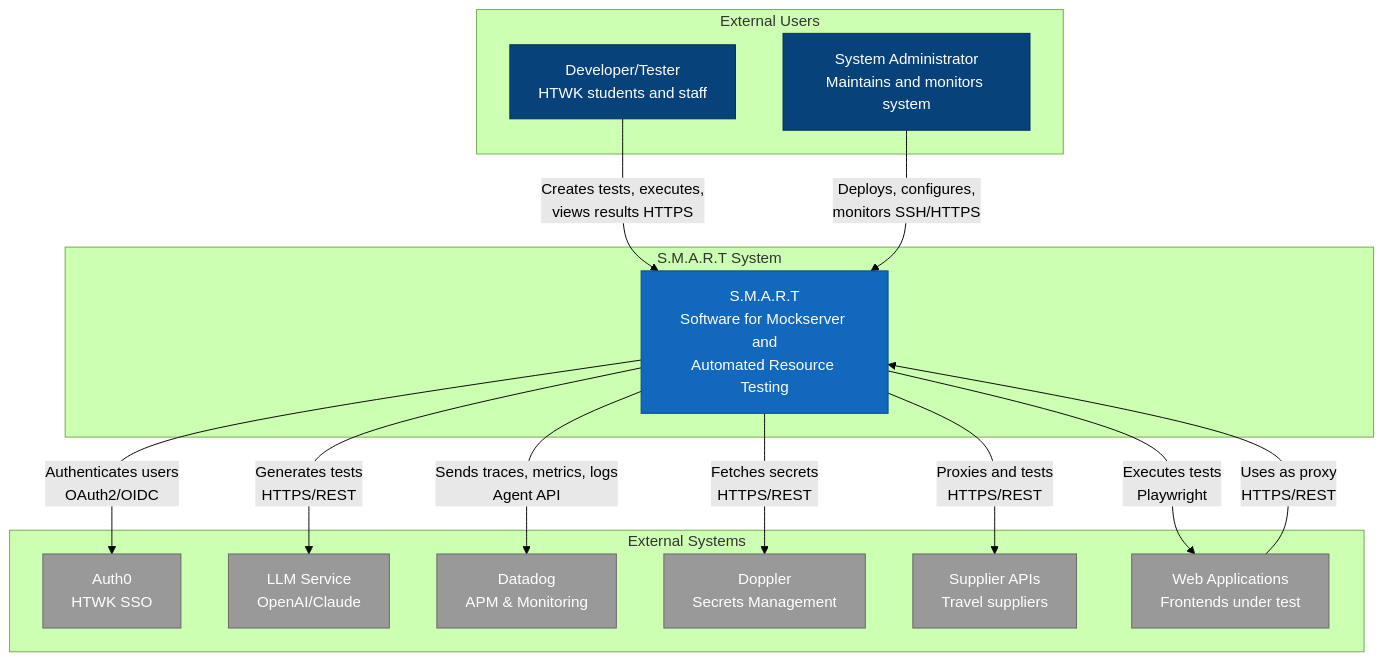
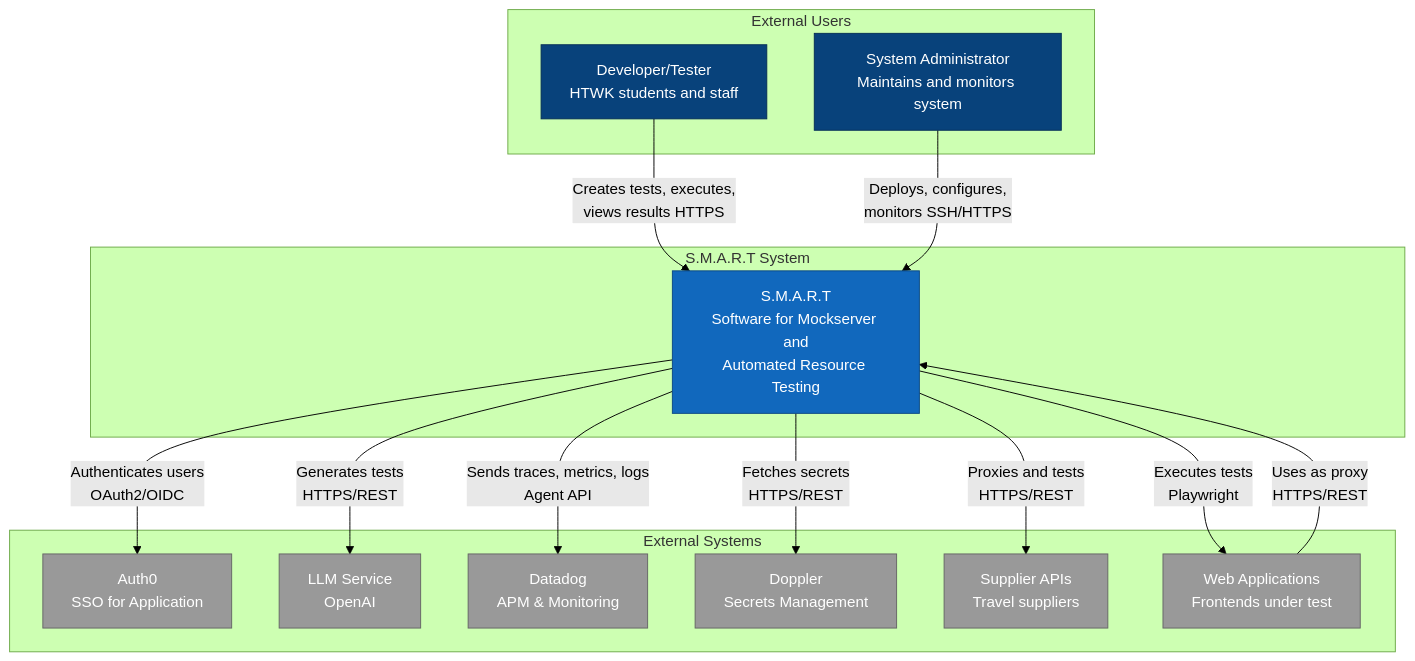
One commit to Skzter/smart changed the diagram in docs/architecture/01-context/README.md. Above: the diagram before and after it, drawn with Mermaid (forest theme). The commit also changed other lines of this file and 14 other files, not shown here.

Commit message:
docs(docs#156): update README and architecture documentation; enhance authentication flow and LLM integration details

````diff
--- a/docs/architecture/01-context/README.md
+++ b/docs/architecture/01-context/README.md
@@ -7,40 +7,40 @@
 ```mermaid
 flowchart TB
     subgraph users[External Users]
         Developer[Developer/Tester<br/>HTWK students and staff]
         Admin[System Administrator<br/>Maintains and monitors system]
     end
 
     subgraph smart[S.M.A.R.T System]
         SMART[S.M.A.R.T<br/>Software for Mockserver and<br/>Automated Resource Testing]
     end
 
     subgraph external[External Systems]
-        Auth0[Auth0<br/>HTWK SSO]
-        LLM[LLM Service<br/>OpenAI/Claude]
+        Auth0[Auth0<br/>SSO for Application]
+        LLM[LLM Service<br/>OpenAI]
         Datadog[Datadog<br/>APM & Monitoring]
         Doppler[Doppler<br/>Secrets Management]
         Supplier[Supplier APIs<br/>Travel suppliers]
         WebApp[Web Applications<br/>Frontends under test]
     end
 
     Developer -->|Creates tests, executes,<br/>views results HTTPS| SMART
     Admin -->|Deploys, configures,<br/>monitors SSH/HTTPS| SMART
 
     SMART -->|Authenticates users<br/>OAuth2/OIDC| Auth0
     SMART -->|Generates tests<br/>HTTPS/REST| LLM
     SMART -->|Sends traces, metrics, logs<br/>Agent API| Datadog
     SMART -->|Fetches secrets<br/>HTTPS/REST| Doppler
     SMART -->|Proxies and tests<br/>HTTPS/REST| Supplier
     SMART -->|Executes tests<br/>Playwright| WebApp
 
     WebApp -->|Uses as proxy<br/>HTTPS/REST| SMART
 
     classDef system fill:#1168bd,stroke:#0b4884,color:#ffffff
     classDef external fill:#999999,stroke:#666666,color:#ffffff
     classDef person fill:#08427b,stroke:#052e56,color:#ffffff
 
     class SMART system
     class Auth0,LLM,Datadog,Doppler,Supplier,WebApp external
     class Developer,Admin person
 ```
````
